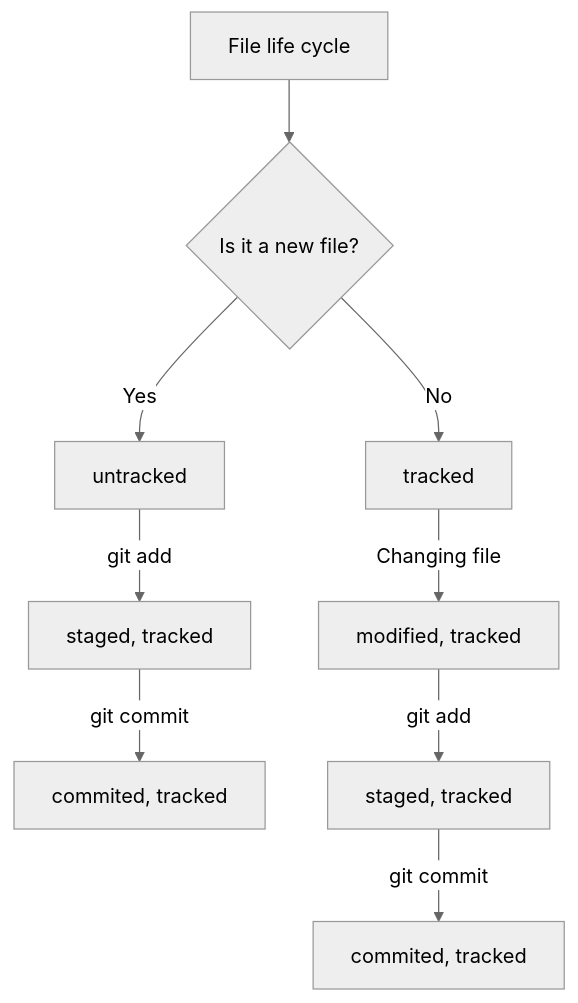
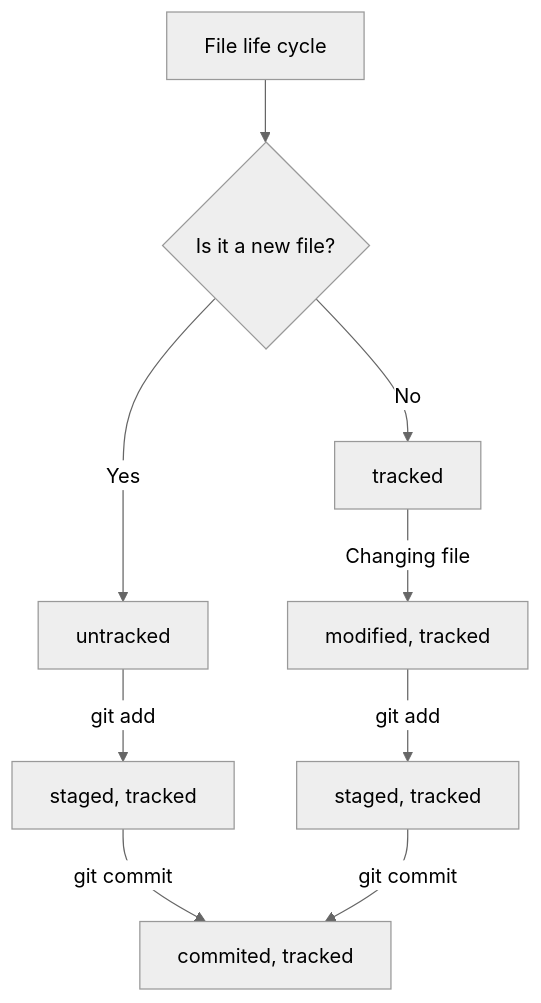
One commit to InspectorOfBeauty/yandex-git-course-notes changed the diagram in README.md. Above: the diagram before and after it, drawn with Mermaid (neutral theme).

Commit message:
Fix mermaid-scheme about Git file statuses to README.md (2)

````diff
--- a/README.md
+++ b/README.md
@@ -480,11 +480,11 @@
 ```mermaid
 graph TD;
 	A[File life cycle] --> B{Is it a new file?};
 	B -- Yes --> C[untracked];
 	B -- No --> D[tracked];
 	C -- git add --> E[staged, tracked];
 	E -- git commit --> F[commited, tracked];
 	D -- Changing file --> G[modified, tracked];
 	G -- git add --> H[staged, tracked];
-	H -- git commit --> I[commited, tracked];
+	H -- git commit --> F[commited, tracked];
 ```
````
